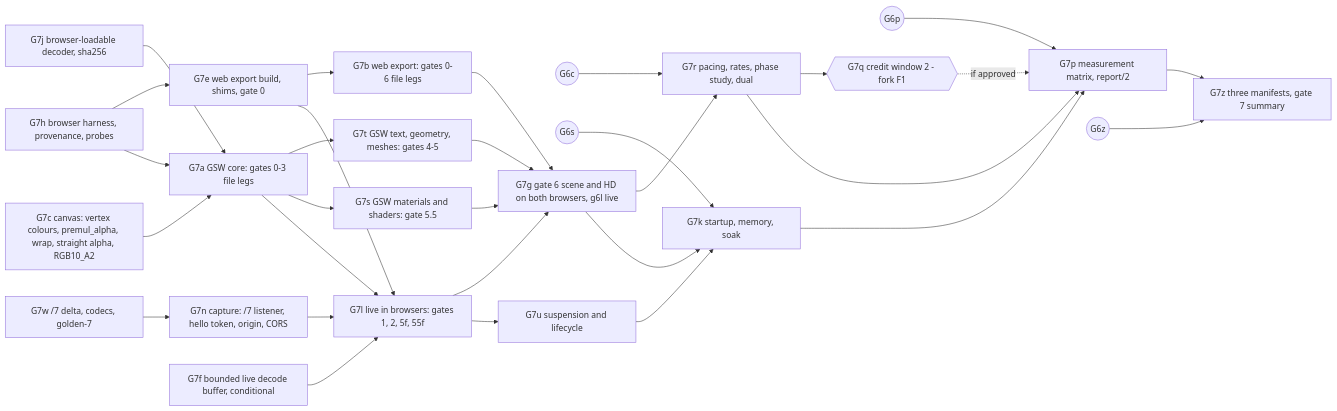
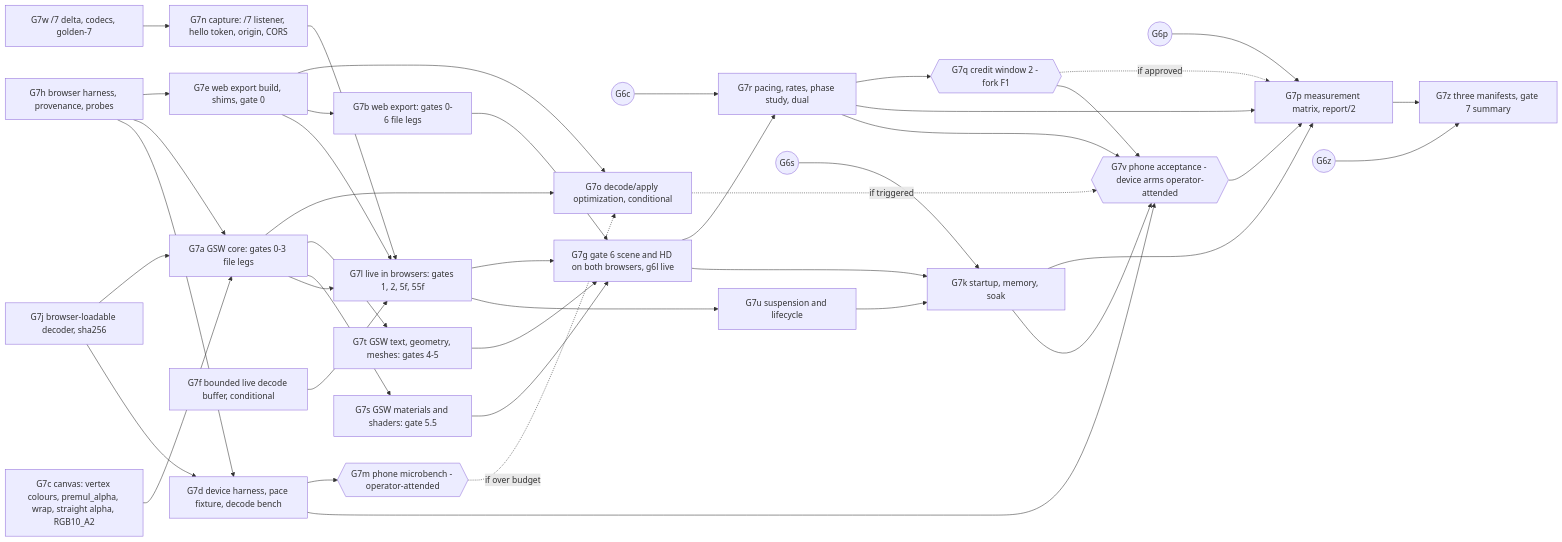
Before and after one commit to tfoxy/godot-scene-web: the diagram in experiments/render-stream/protocol/gate7-design.md, drawn with Mermaid. The commit also changed other lines of this file, not shown here.

First line of the commit message:
docs(render-stream): add a phone acceptance target to gate 7

````diff
--- a/experiments/render-stream/protocol/gate7-design.md
+++ b/experiments/render-stream/protocol/gate7-design.md
@@ -748,32 +1080,44 @@
 ```mermaid
 flowchart LR
     G6c((G6c)) --> G7r
     G6s((G6s)) --> G7k
     G6p((G6p)) --> G7p
     G6z((G6z)) --> G7z
     G7w[G7w /7 delta, codecs, golden-7] --> G7n
     G7j[G7j browser-loadable decoder, sha256] --> G7a
     G7h[G7h browser harness, provenance, probes] --> G7e
     G7h --> G7a
     G7c[G7c canvas: vertex colours, premul_alpha, wrap, straight alpha, RGB10_A2] --> G7a
     G7f[G7f bounded live decode buffer, conditional] --> G7l
+    G7h --> G7d[G7d device harness, pace fixture, decode bench]
+    G7j --> G7d
+    G7d --> G7m{{G7m phone microbench - operator-attended}}
+    G7m -. if over budget .-> G7o[G7o decode/apply optimization, conditional]
+    G7e --> G7o
+    G7a --> G7o
+    G7o -. if triggered .-> G7v
     G7e[G7e web export build, shims, gate 0] --> G7b[G7b web export: gates 0-6 file legs]
     G7a[G7a GSW core: gates 0-3 file legs] --> G7t[G7t GSW text, geometry, meshes: gates 4-5]
     G7a --> G7s[G7s GSW materials and shaders: gate 5.5]
     G7n[G7n capture: /7 listener, hello token, origin, CORS] --> G7l
     G7e --> G7l[G7l live in browsers: gates 1, 2, 5f, 55f]
     G7a --> G7l
     G7b --> G7g[G7g gate 6 scene and HD on both browsers, g6l live]
     G7t --> G7g
     G7s --> G7g
     G7l --> G7g
     G7l --> G7u[G7u suspension and lifecycle]
     G7g --> G7r[G7r pacing, rates, phase study, dual]
     G7g --> G7k[G7k startup, memory, soak]
     G7u --> G7k
     G7r --> G7q{{G7q credit window 2 - fork F1}}
     G7r --> G7p[G7p measurement matrix, report/2]
     G7k --> G7p
     G7q -. if approved .-> G7p
+    G7r --> G7v{{G7v phone acceptance - device arms operator-attended}}
+    G7k --> G7v
+    G7q --> G7v
+    G7d --> G7v
+    G7v --> G7p
     G7p --> G7z[G7z three manifests, gate 7 summary]
 ```
````
